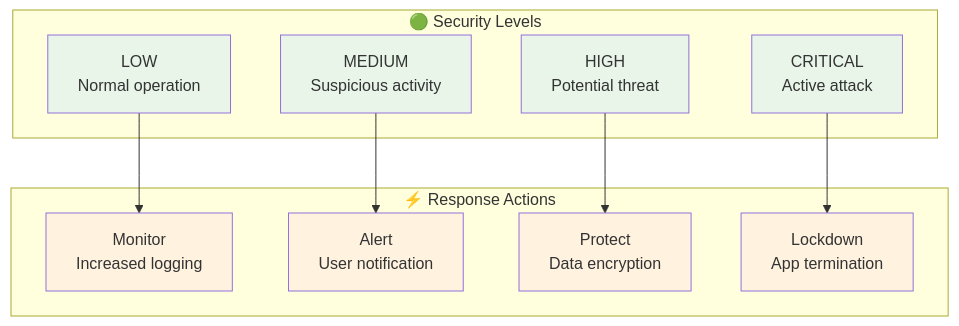
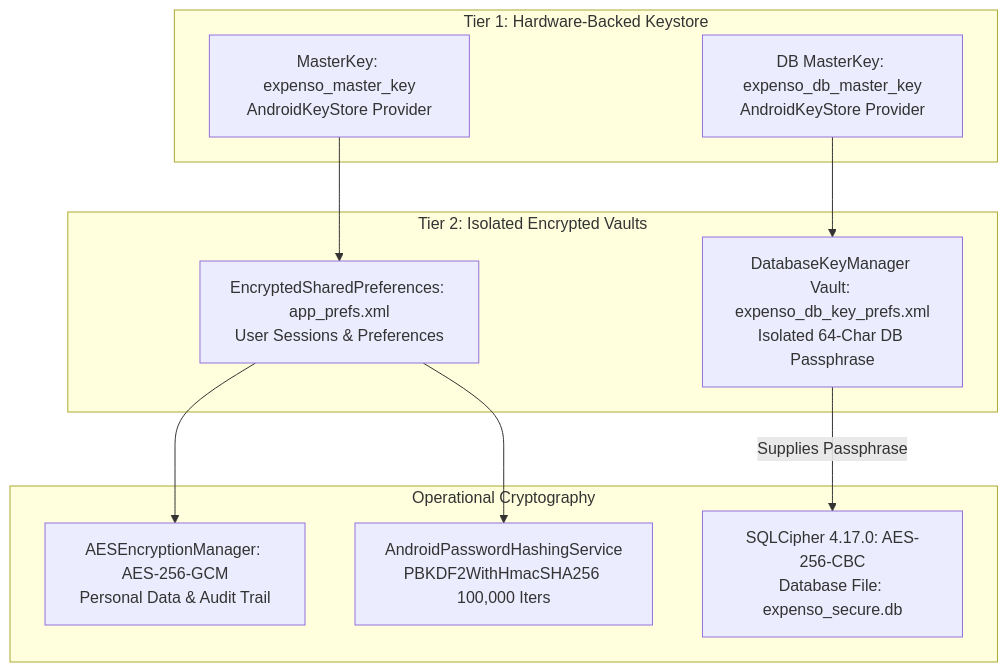
One commit to maurihimanshu/expenso-docs changed the diagram in docs/SECURITY.md. Above: the diagram before and after it, drawn with Mermaid. The commit also changed other lines of this file and 7 other files, not shown here.

Commit message:
updated to reflect the actual implementation of the expenso-android codebase

````diff
--- a/docs/SECURITY.md
+++ b/docs/SECURITY.md
@@ -548,27 +31,24 @@
 ```mermaid
-graph TB
-    subgraph "🟢 Security Levels"
-        A[LOW<br/>Normal operation]
-        B[MEDIUM<br/>Suspicious activity]
-        C[HIGH<br/>Potential threat]
-        D[CRITICAL<br/>Active attack]
+graph TD
+    subgraph "Tier 1: Hardware-Backed Keystore"
+        MK[MasterKey: expenso_master_key<br/>AndroidKeyStore Provider]
+        DMK[DB MasterKey: expenso_db_master_key<br/>AndroidKeyStore Provider]
     end
-    
-    subgraph "⚡ Response Actions"
-        E[Monitor<br/>Increased logging]
-        F[Alert<br/>User notification]
-        G[Protect<br/>Data encryption]
-        H[Lockdown<br/>App termination]
+
+    subgraph "Tier 2: Isolated Encrypted Vaults"
+        PREF_APP[EncryptedSharedPreferences: app_prefs.xml<br/>User Sessions & Preferences]
+        PREF_DB[DatabaseKeyManager Vault: expenso_db_key_prefs.xml<br/>Isolated 64-Char DB Passphrase]
     end
-    
-    A --> E
-    B --> F
-    C --> G
-    D --> H
-    
-    classDef levels fill:#e8f5e8
-    classDef actions fill:#fff3e0
-    
-    class A,B,C,D levels
-    class E,F,G,H actions
+
+    subgraph "Operational Cryptography"
+        AES_MGR[AESEncryptionManager: AES-256-GCM<br/>Personal Data & Audit Trail]
+        SQLC[SQLCipher 4.17.0: AES-256-CBC<br/>Database File: expenso_secure.db]
+        PBKDF2[AndroidPasswordHashingService<br/>PBKDF2WithHmacSHA256 100,000 Iters]
+    end
+
+    MK --> PREF_APP
+    DMK --> PREF_DB
+    PREF_APP --> AES_MGR
+    PREF_APP --> PBKDF2
+    PREF_DB -->|Supplies Passphrase| SQLC
 ```
````
